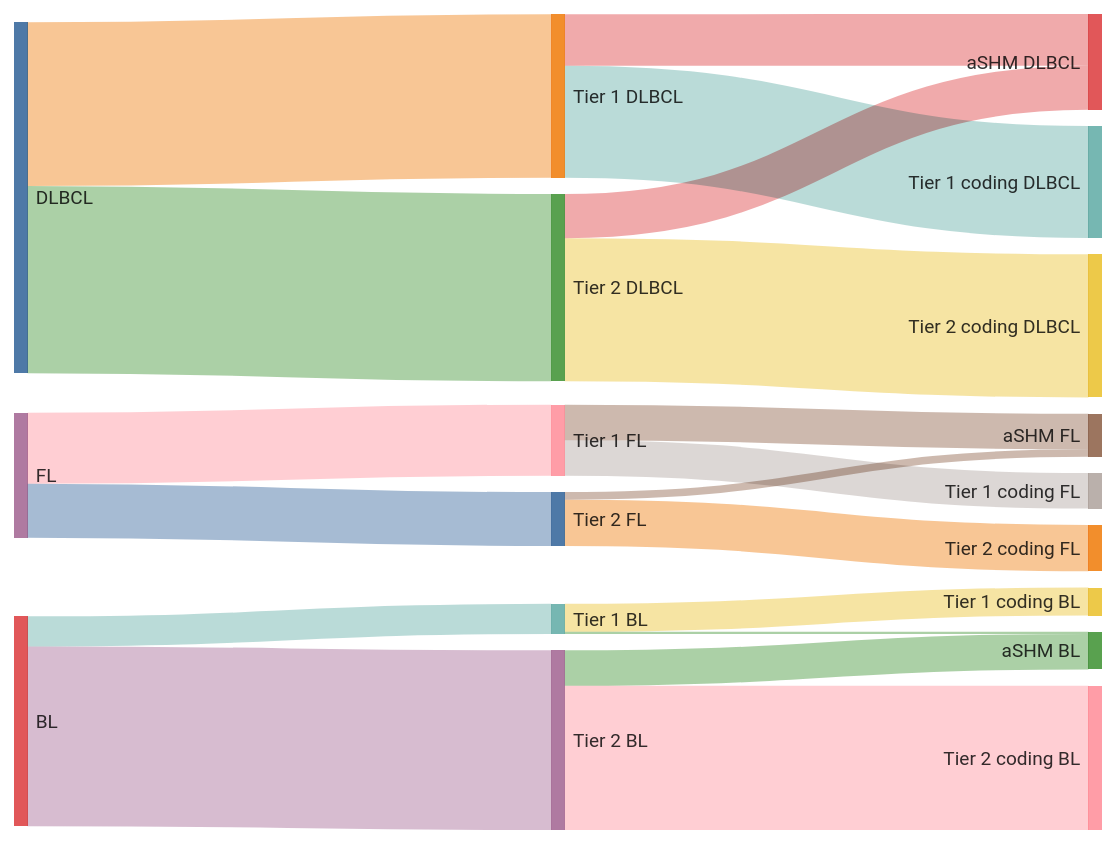
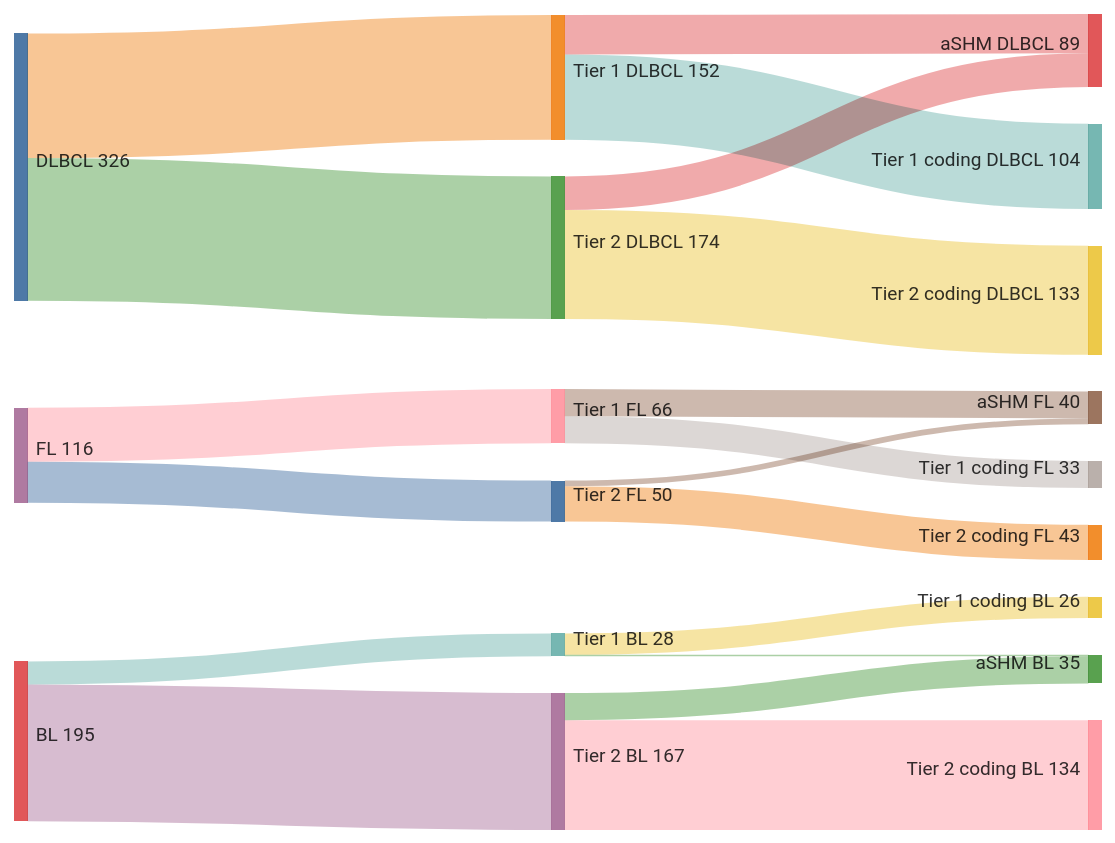
The diagram in sankey_with_ashm.md (morinlab/lymphopedia), drawn with Mermaid before and after one commit.

Commit message:
Updated sankey_with_ashm (markdown)

````diff
--- a/sankey_with_ashm.md
+++ b/sankey_with_ashm.md
@@ -1,39 +1,39 @@
 ```mermaid
 ---
 config:
   sankey:
-    showValues: false
+    showValues: true
     linkColor: target
     width: 800
     height: 600
     nodeAlignment: right
 ---
 sankey-beta
 DLBCL, Tier 1 DLBCL, 152
 Tier 1 DLBCL, aSHM DLBCL, 48
 Tier 1 DLBCL, Tier 1 coding DLBCL, 104
 
 DLBCL, Tier 2 DLBCL, 174
 Tier 2 DLBCL, aSHM DLBCL, 41
 Tier 2 DLBCL, Tier 2 coding DLBCL, 133
 
 FL, Tier 1 FL, 66
 Tier 1 FL, aSHM FL, 33
 Tier 1 FL, Tier 1 coding FL, 33
 
 FL, Tier 2 FL, 50
 Tier 2 FL, aSHM FL, 7
 Tier 2 FL, Tier 2 coding FL, 43
 
 
 BL, Tier 1 BL, 28
 Tier 1 BL, aSHM BL, 2
 Tier 1 BL, Tier 1 coding BL, 26
 
 BL, Tier 2 BL, 167
 Tier 2 BL, aSHM BL, 33
 Tier 2 BL, Tier 2 coding BL, 134
 
 
 
 ```
````
